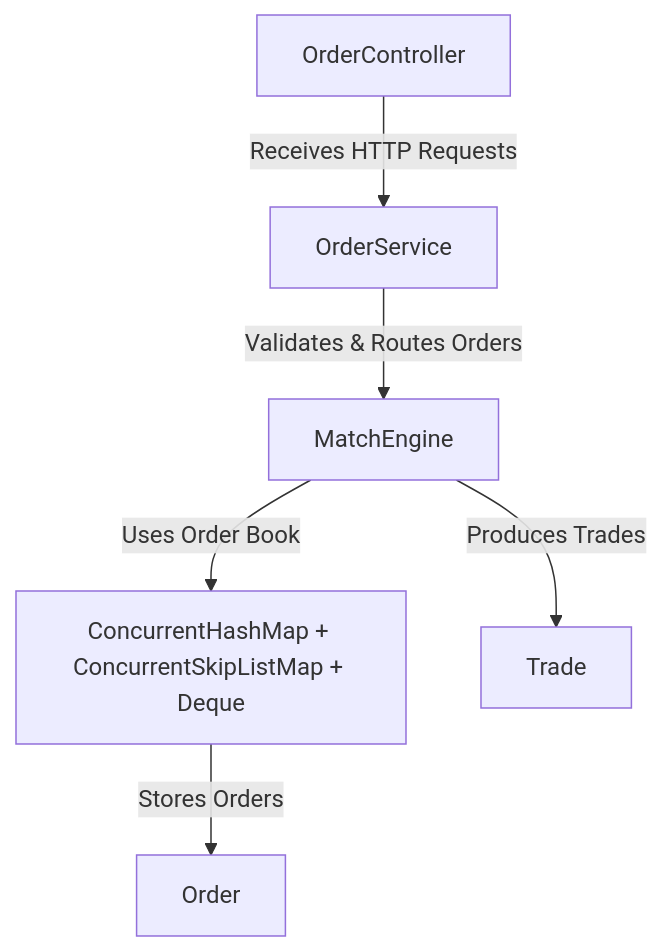
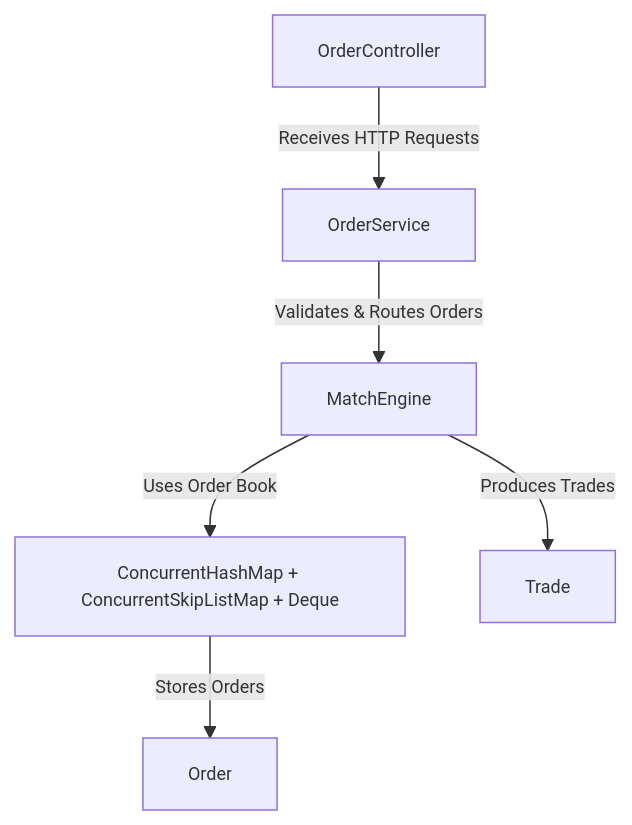
Before and after one commit to dikshith-shetty/ome: the second of 3 diagrams in README.md, drawn with Mermaid. The commit also changed other lines of this file, not shown here.

````diff
--- a/README.md
+++ b/README.md
@@ -149,9 +150,10 @@
 ```mermaid
+%%{init: {'themeVariables': { 'fontSize': '12px', 'lineHeight': '14px' }}}%%
 flowchart TD
     A[OrderController] -->|Receives HTTP Requests| B[OrderService]
     B -->|Validates & Routes Orders| C[MatchEngine]
     C -->|Uses Order Book| D[ConcurrentHashMap + ConcurrentSkipListMap + Deque]
     C -->|Produces Trades| F[Trade]
     D -->|Stores Orders| E[Order]
 
 ```
````
